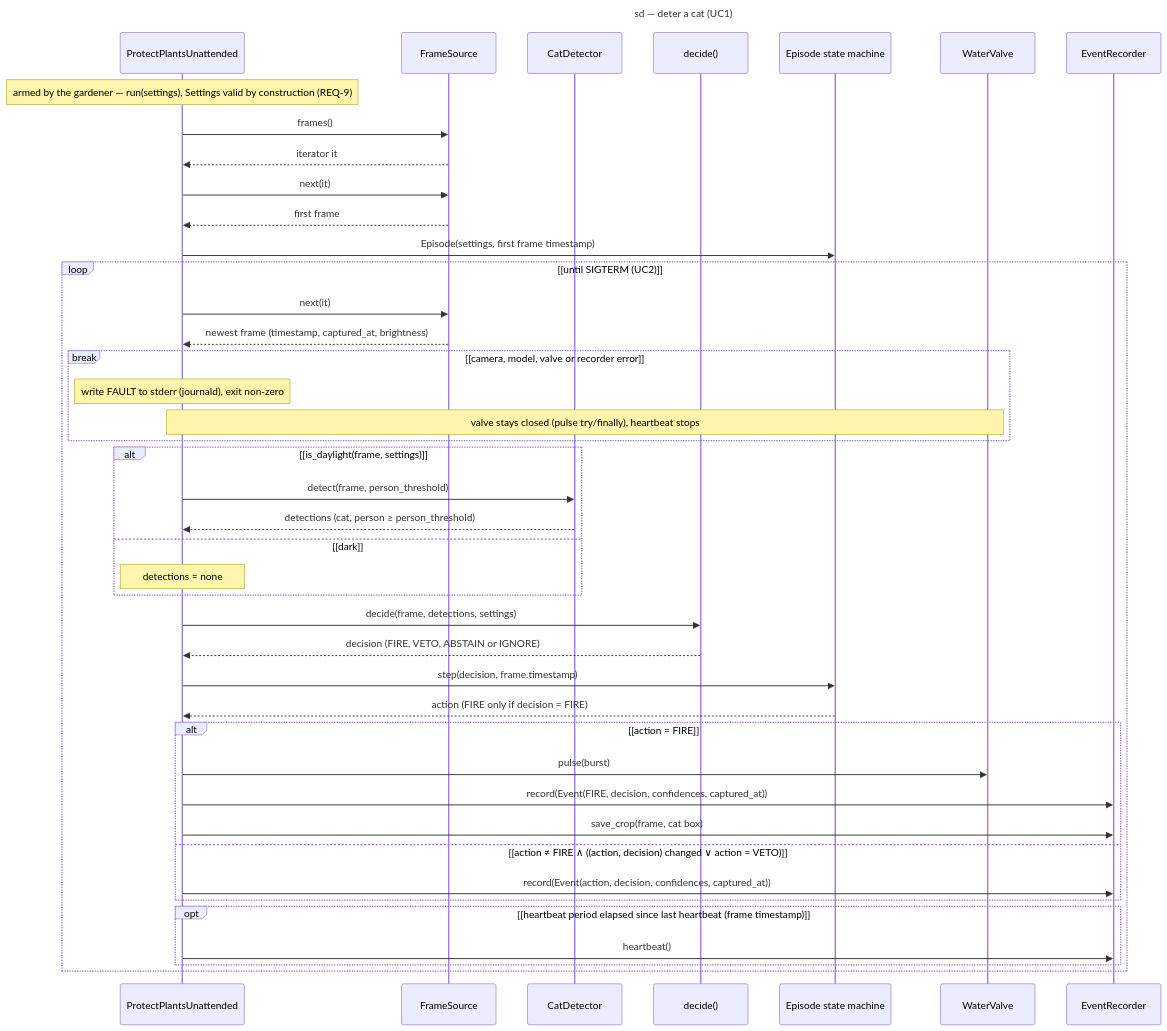
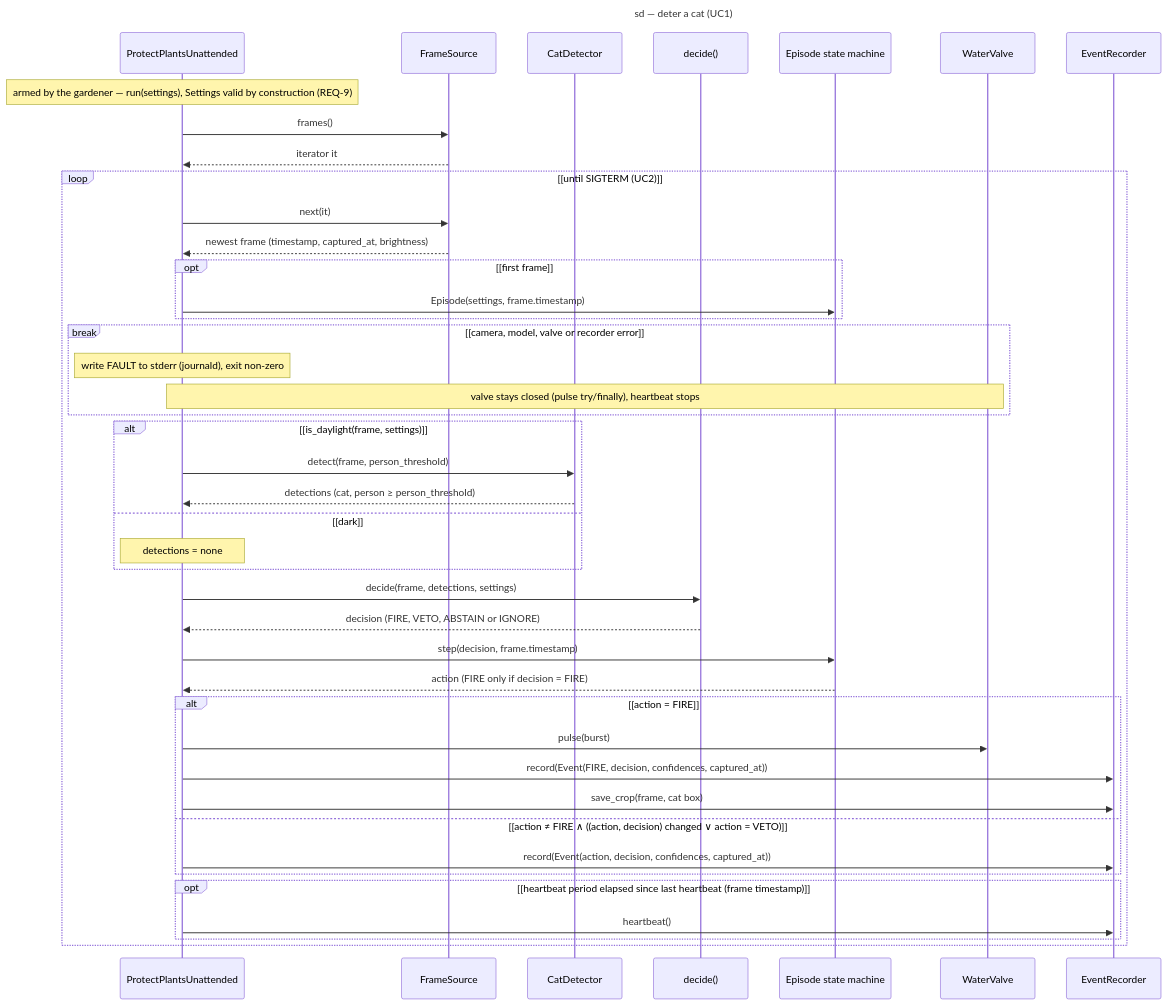
The diagram in docs/architecture/diagrams/cat-detection/02-sequence-deter-cat.md (StudioB22/bad-cat), drawn with Mermaid before and after one commit.

Commit message:
docs(architecture): process the frame that starts the episode

````diff
--- a/docs/architecture/diagrams/cat-detection/02-sequence-deter-cat.md
+++ b/docs/architecture/diagrams/cat-detection/02-sequence-deter-cat.md
@@ -18,48 +18,48 @@
 ```mermaid
 ---
 title: sd — deter a cat (UC1)
 ---
 sequenceDiagram
   participant Protect as ProtectPlantsUnattended
   participant Camera as FrameSource
   participant Detector as CatDetector
   participant Decide as decide()
   participant Episode as Episode state machine
   participant Valve as WaterValve
   participant Recorder as EventRecorder
 
   Note over Protect: armed by the gardener — run(settings), Settings valid by construction (REQ-9)
   Protect->>Camera: frames()
   Camera-->>Protect: iterator it
-  Protect->>Camera: next(it)
-  Camera-->>Protect: first frame
-  Protect->>Episode: Episode(settings, first frame timestamp)
   loop [until SIGTERM (UC2)]
     Protect->>Camera: next(it)
     Camera-->>Protect: newest frame (timestamp, captured_at, brightness)
+    opt [first frame]
+      Protect->>Episode: Episode(settings, frame.timestamp)
+    end
     break [camera, model, valve or recorder error]
       Note over Protect: write FAULT to stderr (journald), exit non-zero
       Note over Protect,Valve: valve stays closed (pulse try/finally), heartbeat stops
     end
     alt [is_daylight(frame, settings)]
       Protect->>Detector: detect(frame, person_threshold)
       Detector-->>Protect: detections (cat, person ≥ person_threshold)
     else [dark]
       Note over Protect: detections = none
     end
     Protect->>Decide: decide(frame, detections, settings)
     Decide-->>Protect: decision (FIRE, VETO, ABSTAIN or IGNORE)
     Protect->>Episode: step(decision, frame.timestamp)
     Episode-->>Protect: action (FIRE only if decision = FIRE)
     alt [action = FIRE]
       Protect->>Valve: pulse(burst)
       Protect->>Recorder: record(Event(FIRE, decision, confidences, captured_at))
       Protect->>Recorder: save_crop(frame, cat box)
     else [action ≠ FIRE ∧ ((action, decision) changed ∨ action = VETO)]
       Protect->>Recorder: record(Event(action, decision, confidences, captured_at))
     end
     opt [heartbeat period elapsed since last heartbeat (frame timestamp)]
       Protect->>Recorder: heartbeat()
     end
   end
 ```
````
